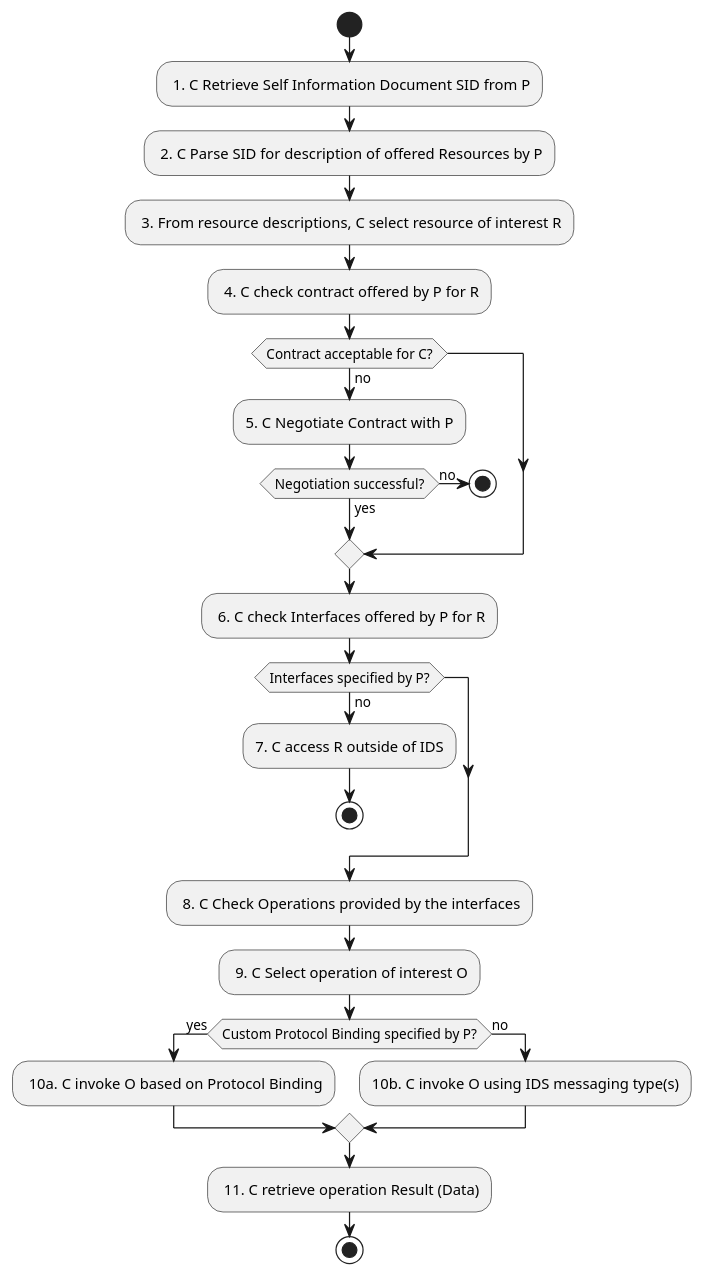
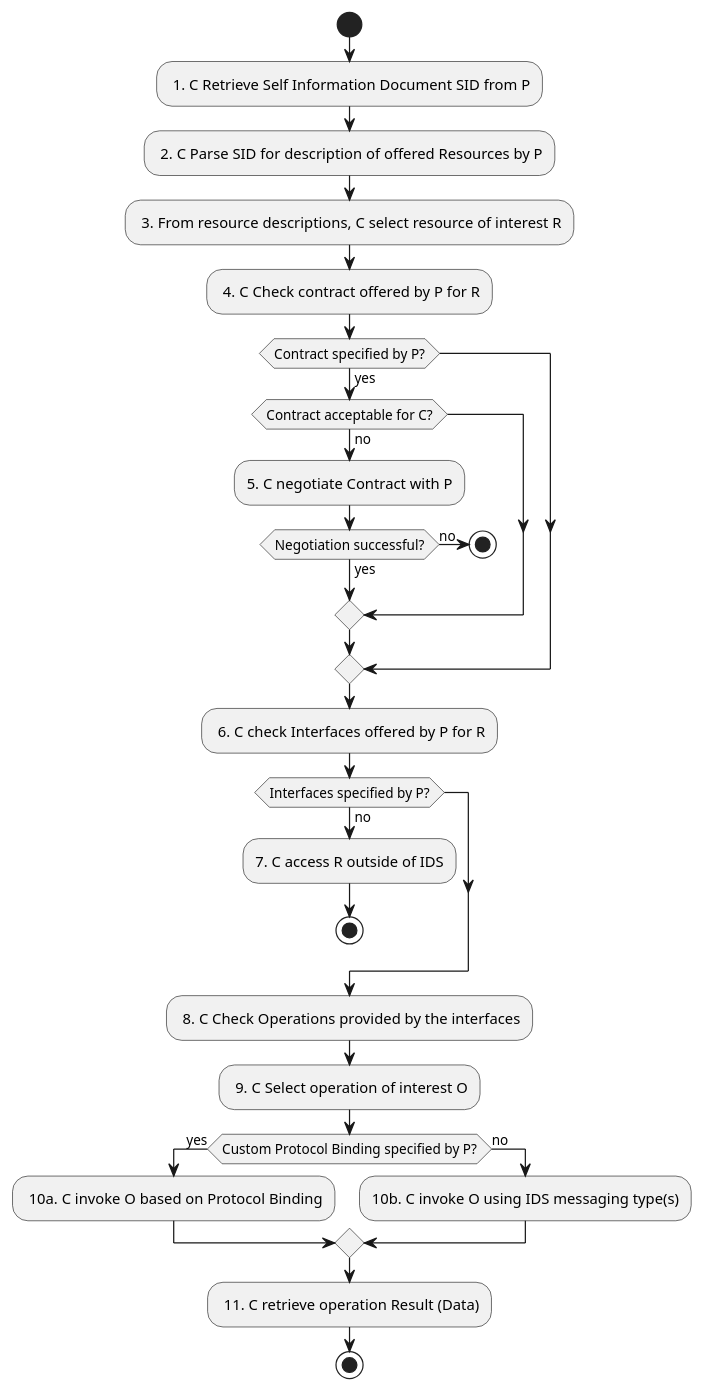
The diagram in connector_connector_interaction.plantuml (IndustrialDataSpace/Documentation), drawn with PlantUML before and after one commit.

Commit message:
add additional branch covering unspecified contract

```diff
--- a/connector_connector_interaction.plantuml
+++ b/connector_connector_interaction.plantuml
@@ -1,40 +1,42 @@
 @startuml
 
 start
 
 : 1. C Retrieve Self Information Document SID from P;
 : 2. C Parse SID for description of offered Resources by P;
 : 3. From resource descriptions, C select resource of interest R;
-: 4. C check contract offered by P for R;
+: 4. C Check contract offered by P for R;
 
-if (Contract acceptable for C?) then (no)
-    :5. C Negotiate Contract with P;
+if (Contract specified by P?) then (yes)
+    if (Contract acceptable for C?) then (no)
+        :5. C negotiate Contract with P;
 
-    if (Negotiation successful?) then (yes)
-        else (no)
-            stop
+        if (Negotiation successful?) then (yes)
+            else (no)
+                stop
+        endif
     endif
 endif
 
 : 6. C check Interfaces offered by P for R;
 
 if (Interfaces specified by P?) then (no)
     :7. C access R outside of IDS;
     stop
 endif
 
 : 8. C Check Operations provided by the interfaces;
 : 9. C Select operation of interest O;
 
 if (Custom Protocol Binding specified by P?) then (yes)
     : 10a. C invoke O based on Protocol Binding;
 
     else (no)
     :10b. C invoke O using IDS messaging type(s);
 endif
 
 : 11. C retrieve operation Result (Data);
 
 stop
 
 @enduml
```
